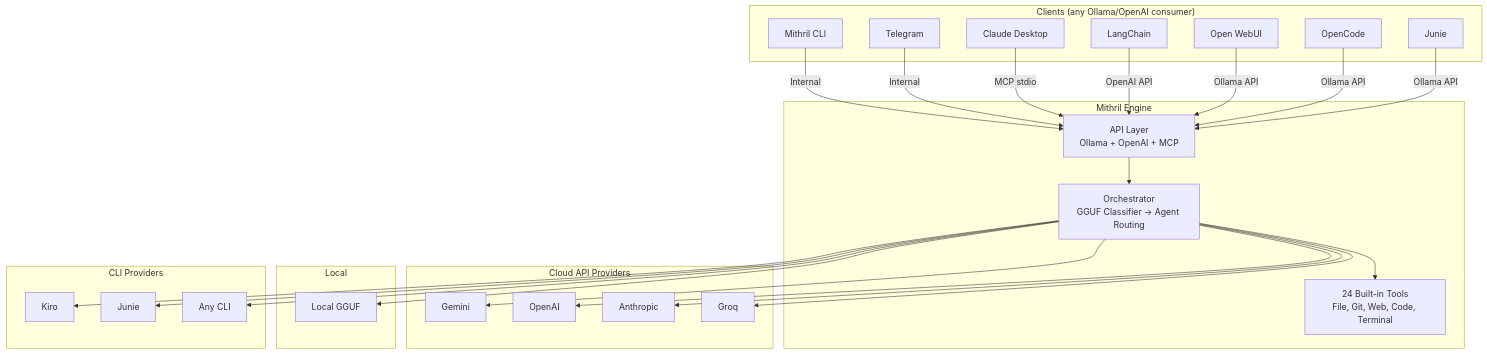
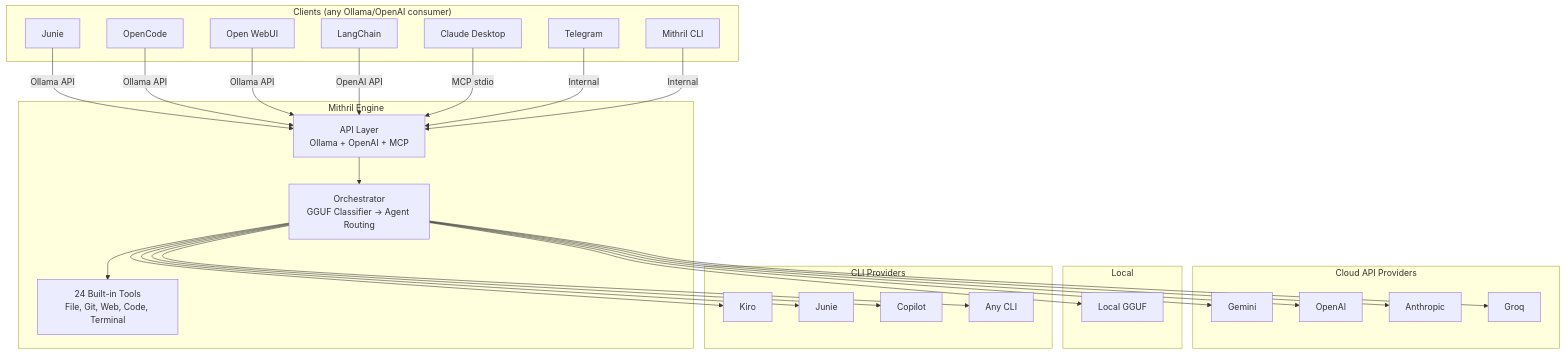
Before and after one commit to GiacomoSaccaggi/Mithril: the diagram in README.md, drawn with Mermaid. The commit also changed other lines of this file and 21 other files, not shown here.

````diff
--- a/README.md
+++ b/README.md
@@ -71,54 +71,56 @@
 ```mermaid
 graph TB
     subgraph "Clients (any Ollama/OpenAI consumer)"
         J[Junie]
         O[OpenCode]
         W[Open WebUI]
         L[LangChain]
         C[Claude Desktop]
         T[Telegram]
         CLI[Mithril CLI]
     end
 
     subgraph "Mithril Engine"
         API[API Layer<br/>Ollama + OpenAI + MCP]
         ORCH[Orchestrator<br/>GGUF Classifier → Agent Routing]
         TOOLS[24 Built-in Tools<br/>File, Git, Web, Code, Terminal]
     end
 
     subgraph "Cloud API Providers"
         G[Gemini]
         GPT[OpenAI]
         A[Anthropic]
         GR[Groq]
     end
 
     subgraph "Local"
         LOCAL[Local GGUF]
     end
 
     subgraph "CLI Providers"
         K[Kiro]
         JN[Junie]
+        COP[Copilot]
         ANY[Any CLI]
     end
 
     J -->|Ollama API| API
     O -->|Ollama API| API
     W -->|Ollama API| API
     L -->|OpenAI API| API
     C -->|MCP stdio| API
     T -->|Internal| API
     CLI -->|Internal| API
 
     API --> ORCH
     ORCH --> G
     ORCH --> GPT
     ORCH --> A
     ORCH --> GR
     ORCH --> LOCAL
     ORCH --> K
     ORCH --> JN
+    ORCH --> COP
     ORCH --> ANY
     ORCH --> TOOLS
 ```
````
